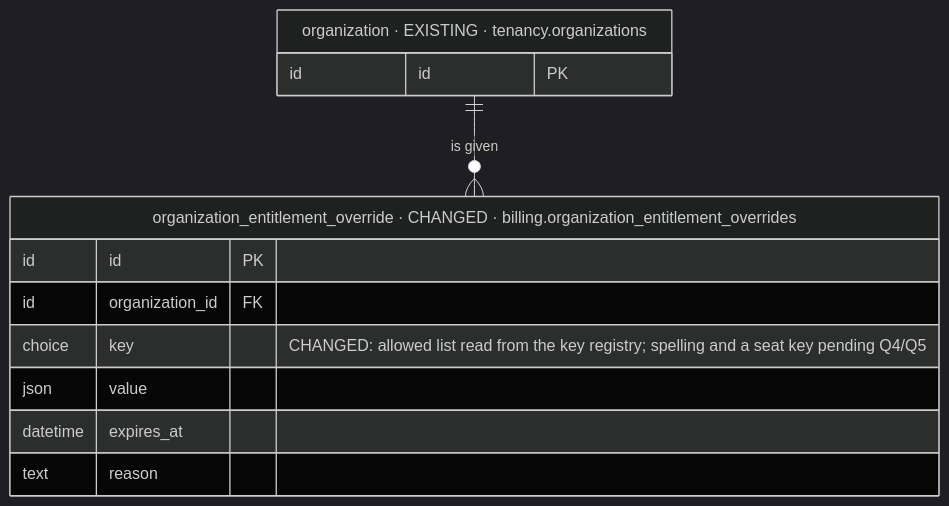
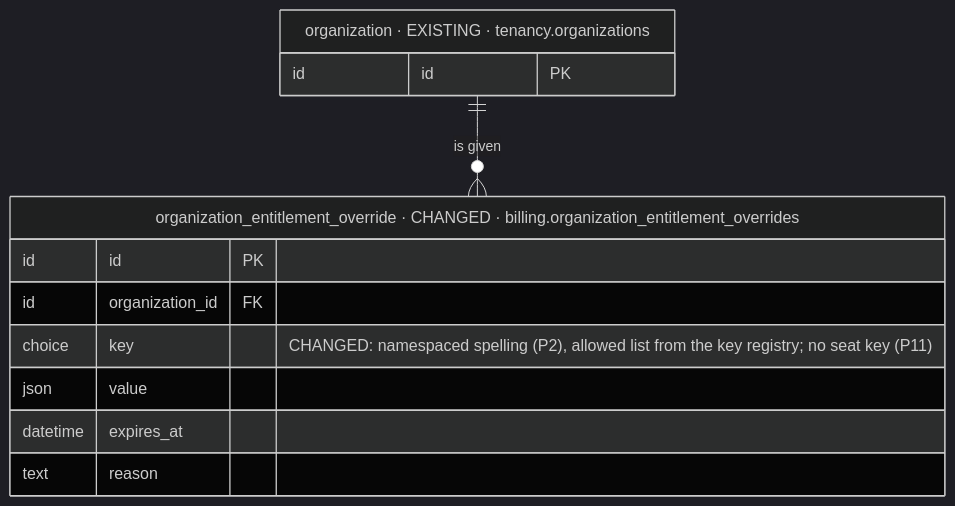
Before and after one commit to albetrios/meepzo-be: the second of 4 diagrams in iterations/change-plan-gates-2026-11-26-mfku/plans/db-changes.md, drawn with Mermaid (dark theme). The commit also changed other lines of this file and 2 other files, not shown here.

````diff
--- a/iterations/change-plan-gates-2026-11-26-mfku/plans/db-changes.md
+++ b/iterations/change-plan-gates-2026-11-26-mfku/plans/db-changes.md
@@ -49,15 +53,15 @@
 ```mermaid
 erDiagram
   organization_entitlement_override["organization_entitlement_override · CHANGED · billing.organization_entitlement_overrides"] {
     id id PK
     id organization_id FK
-    choice key "CHANGED: allowed list read from the key registry; spelling and a seat key pending Q4/Q5"
+    choice key "CHANGED: namespaced spelling (P2), allowed list from the key registry; no seat key (P11)"
     json value
     datetime expires_at
     text reason
   }
   organization["organization · EXISTING · tenancy.organizations"] {
     id id PK
   }
   organization ||--o{ organization_entitlement_override : "is given"
 ```
````
